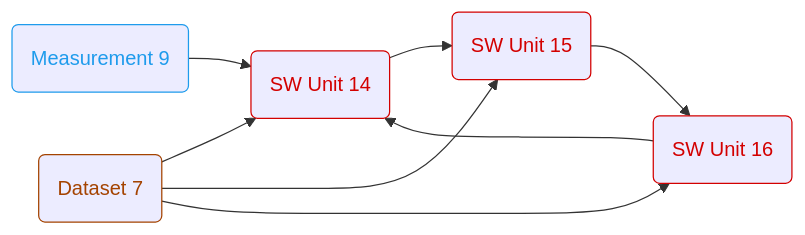
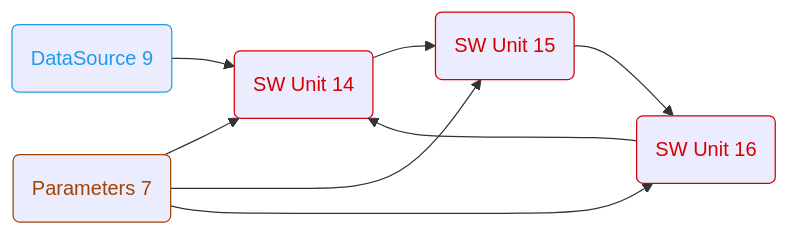
One commit to olympus-tools/ARES changed the sixth of 6 diagrams in README.md. Above: the diagram before and after it, drawn with Mermaid. The commit also changed other lines of this file and 8 other files, not shown here.

````diff
--- a/README.md
+++ b/README.md
@@ -203,24 +203,25 @@
 ```mermaid
 flowchart LR
     
-    MEAS9(Measurement 9) --> SWU14(SW Unit 14)
+    MEAS9(DataSource 9) --> SWU14(SW Unit 14)
     SWU14 --> SWU15(SW Unit 15)
     SWU15 --> SWU16(SW Unit 16)
     SWU16 --> SWU14
-    DS7(Dataset 7) --> SWU14
-    DS7 --> SWU15
-    DS7 --> SWU16
+    PARAM7(Parameters 7) --> SWU14
+    PARAM7 --> SWU15
+    PARAM7 --> SWU16
 
-    classDef Dataset           color:#a44300, stroke:#a44300;
-    classDef Measurement        color:#1e9bec, stroke:#1e9bec;
+    classDef Parameters        color:#a44300, stroke:#a44300;
+    classDef DataSource        color:#1e9bec, stroke:#1e9bec;
     classDef SW_Unit           color:#d30000, stroke:#d30000;
     classDef Test              color:#2eb400, stroke:#2eb400;
     classDef Plot              color:#ad00d0, stroke:#ad00d0;
 
-    class DS7 Dataset;
-    class MEAS9 Measurement;
+    class PARAM7 Parameters;
+    class MEAS9 DataSource;
     class SWU14 SW_Unit;
     class SWU15 SW_Unit;
     class SWU16 SW_Unit;
 
+
 ```
````
